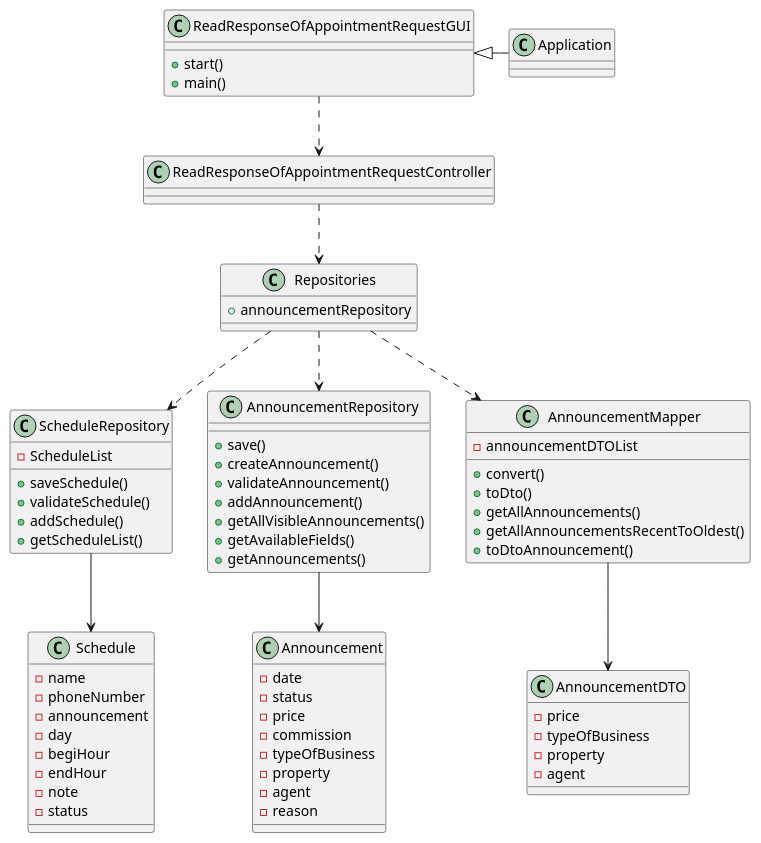
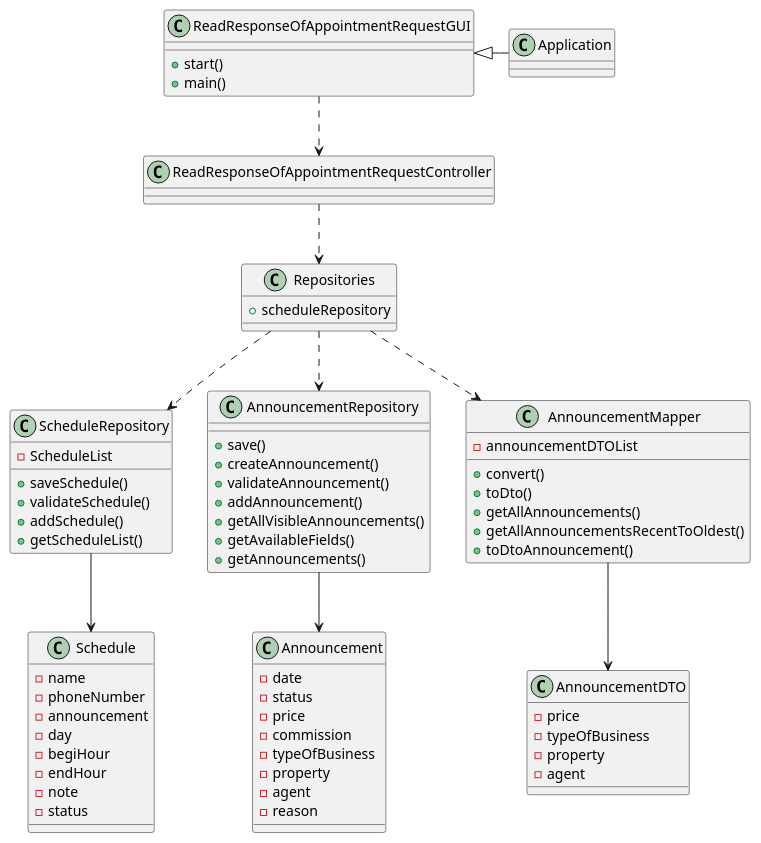
Before and after one commit to tiagohcorreia/LAPR2: the diagram in docs/sprintD/US020/03.design/puml/CD.puml, drawn with PlantUML. The commit also changed 1 other file, not shown here.

Commit message:
US020 - Class Diagram updated

```diff
--- a/docs/sprintD/US020/03.design/puml/CD.puml
+++ b/docs/sprintD/US020/03.design/puml/CD.puml
@@ -1,97 +1,95 @@
 @startuml
 
 
 class ReadResponseOfAppointmentRequestGUI {
 
     + start()
     + main()
 }
 
 class ReadResponseOfAppointmentRequestController {
 
 }
 
-class Repositories {
 
-}
 
 class Schedule {
 
     - name
     - phoneNumber
     - announcement
     - day
     - begiHour
     - endHour
     - note
     - status
 }
 
 class Repositories {
 
-    + announcementRepository
+    + scheduleRepository
 }
 
 class ScheduleRepository {
 
     - ScheduleList
     + saveSchedule()
     + validateSchedule()
     + addSchedule()
     + getScheduleList()
 }
 
 class AnnouncementRepository {
 
     + save()
     + createAnnouncement()
     + validateAnnouncement()
     + addAnnouncement()
     + getAllVisibleAnnouncements()
     + getAvailableFields()
     + getAnnouncements()
 }
 
 class AnnouncementDTO {
 
     - price
     - typeOfBusiness
     - property
     - agent
 }
 
 class AnnouncementMapper {
 
     - announcementDTOList
     + convert()
     + toDto()
     + getAllAnnouncements()
     + getAllAnnouncementsRecentToOldest()
     + toDtoAnnouncement()
 }
 
 class Announcement {
 
     -  date
     -  status
     -  price
     -  commission
     -  typeOfBusiness
     -  property
     -  agent
     -  reason
 }
 
 
 ReadResponseOfAppointmentRequestGUI ..> ReadResponseOfAppointmentRequestController
 ReadResponseOfAppointmentRequestController ..> Repositories
 Repositories ..> AnnouncementRepository
 AnnouncementRepository --> Announcement
 Repositories ..> AnnouncementMapper
 Repositories ..> ScheduleRepository
 AnnouncementMapper --> AnnouncementDTO
 ScheduleRepository --> Schedule
 Application -left-|> ReadResponseOfAppointmentRequestGUI
 
 
 @enduml
```
